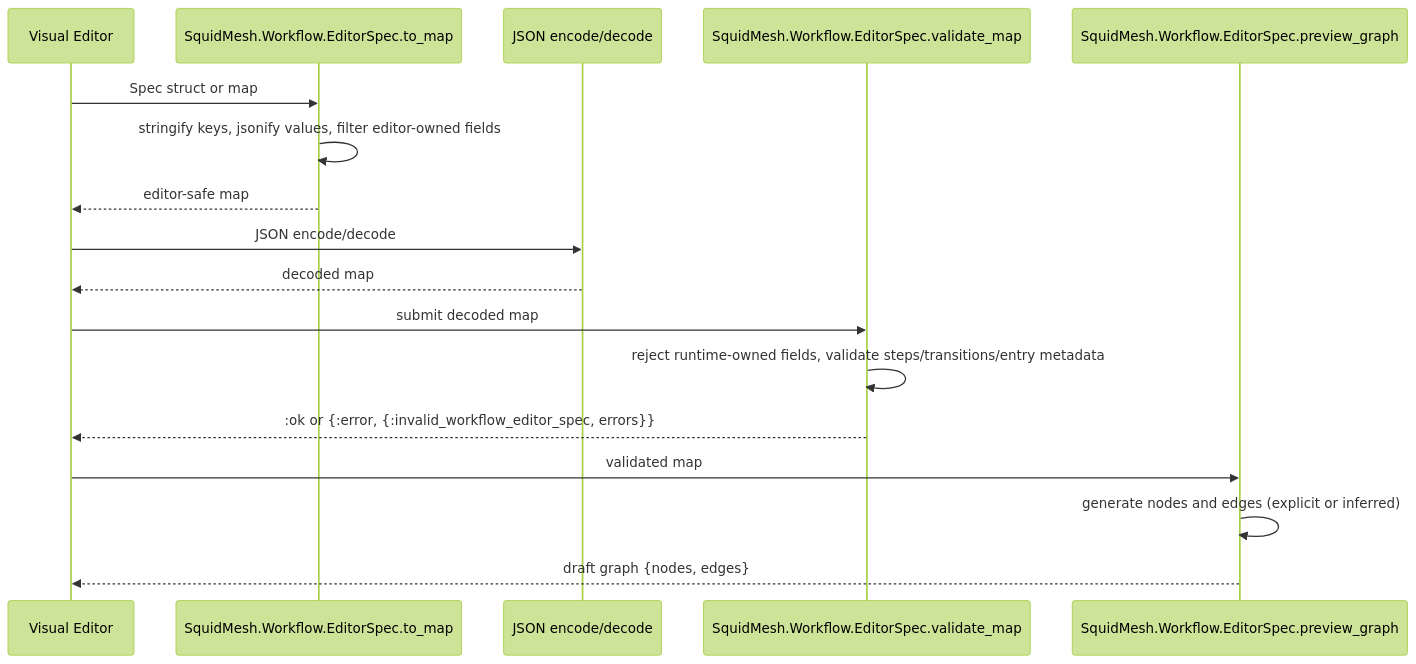
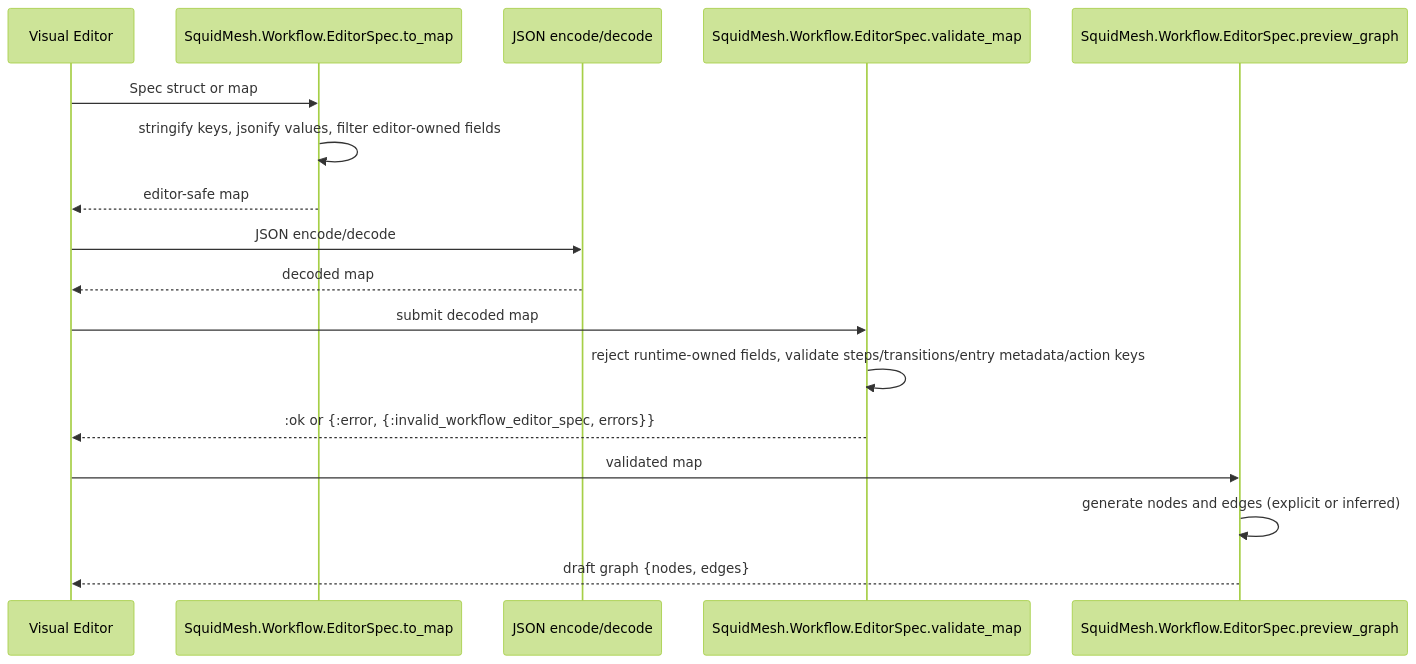
Before and after one commit to agentjido/jizoku: the diagram in docs/workflow_authoring.md, drawn with Mermaid (forest theme). The commit also changed other lines of this file and 9 other files, not shown here.

First line of the commit message:
feat: validate editor spec action keys

````diff
--- a/docs/workflow_authoring.md
+++ b/docs/workflow_authoring.md
@@ -162,19 +179,19 @@
 ```mermaid
 sequenceDiagram
   participant Editor as Visual Editor
   participant ToMap as SquidMesh.Workflow.EditorSpec.to_map
   participant JSON as JSON encode/decode
   participant Validate as SquidMesh.Workflow.EditorSpec.validate_map
   participant Preview as SquidMesh.Workflow.EditorSpec.preview_graph
   Editor->>ToMap: Spec struct or map
   ToMap->>ToMap: stringify keys, jsonify values, filter editor-owned fields
   ToMap-->>Editor: editor-safe map
   Editor->>JSON: JSON encode/decode
   JSON-->>Editor: decoded map
   Editor->>Validate: submit decoded map
-  Validate->>Validate: reject runtime-owned fields, validate steps/transitions/entry metadata
+  Validate->>Validate: reject runtime-owned fields, validate steps/transitions/entry metadata/action keys
   Validate-->>Editor: :ok or {:error, {:invalid_workflow_editor_spec, errors}}
   Editor->>Preview: validated map
   Preview->>Preview: generate nodes and edges (explicit or inferred)
   Preview-->>Editor: draft graph {nodes, edges}
 ```
````
